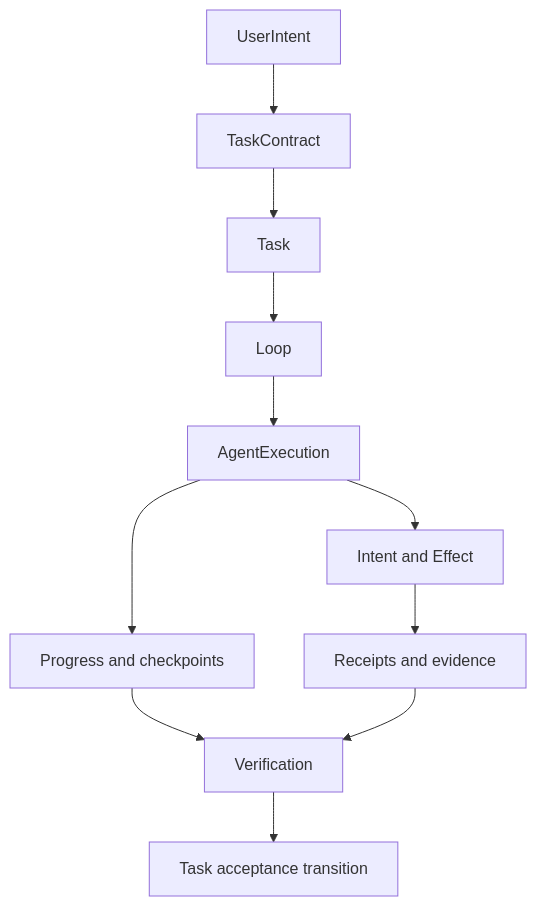
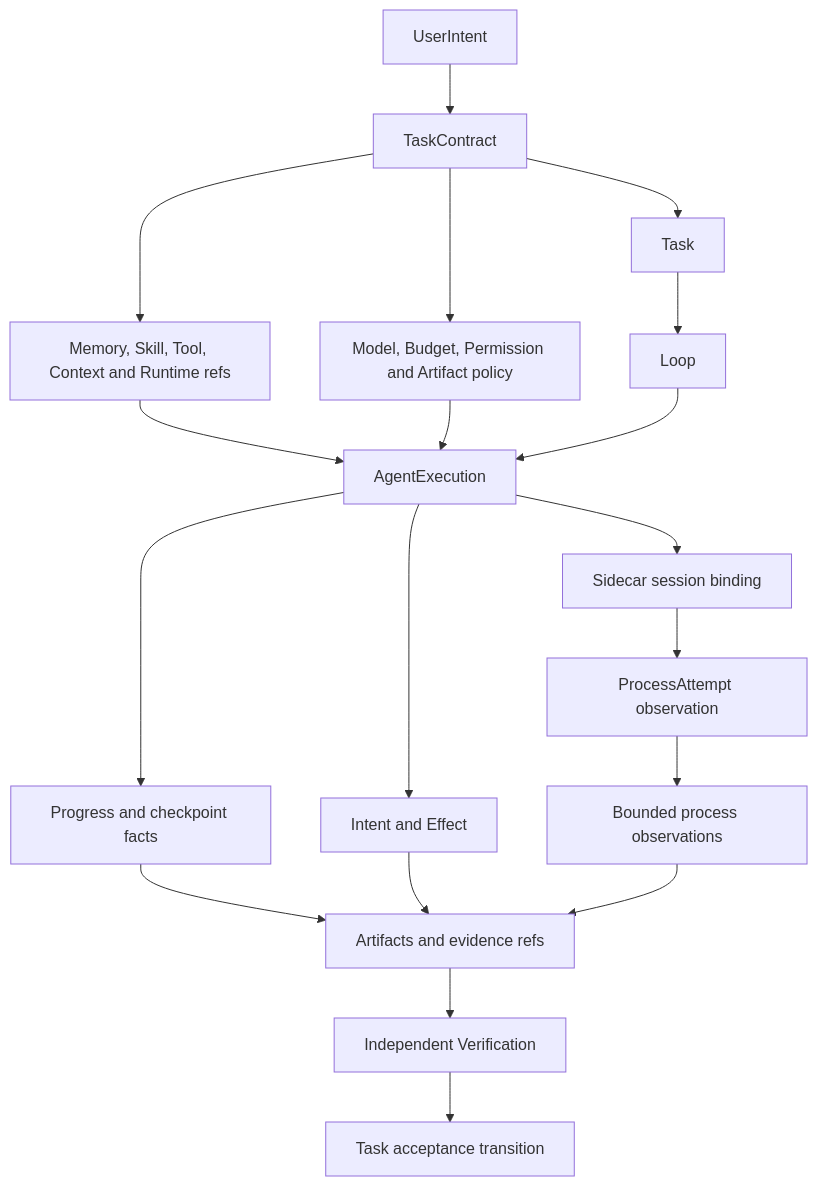
One commit to agentkernel/cognitive-os changed the first of 2 diagrams in docs/architecture/personal/authority-data-and-recovery.md. Above: the diagram before and after it, drawn with Mermaid. The commit also changed other lines of this file and 22 other files, not shown here.

````diff
--- a/docs/architecture/personal/authority-data-and-recovery.md
+++ b/docs/architecture/personal/authority-data-and-recovery.md
@@ -28,13 +36,21 @@
 ```mermaid
 flowchart TB
-  intent["UserIntent"] --> contract["TaskContract"]
-  contract --> task["Task"]
+  userIntent["UserIntent"] --> taskContract["TaskContract"]
+  taskContract --> task["Task"]
   task --> loop["Loop"]
-  loop --> execution["AgentExecution"]
-  execution --> progress["Progress and checkpoints"]
-  execution --> intentEffect["Intent and Effect"]
-  intentEffect --> evidence["Receipts and evidence"]
-  progress --> verification["Verification"]
-  evidence --> verification
+  taskContract --> resourceBindings["Memory, Skill, Tool, Context and Runtime refs"]
+  taskContract --> crossCuttingBindings["Model, Budget, Permission and Artifact policy"]
+  resourceBindings --> agentExecution["AgentExecution"]
+  crossCuttingBindings --> agentExecution
+  loop --> agentExecution
+  agentExecution --> sidecarSession["Sidecar session binding"]
+  sidecarSession --> processAttempt["ProcessAttempt observation"]
+  agentExecution --> progress["Progress and checkpoint facts"]
+  agentExecution --> intentEffect["Intent and Effect"]
+  processAttempt --> boundedObservation["Bounded process observations"]
+  progress --> artifacts["Artifacts and evidence refs"]
+  intentEffect --> artifacts
+  boundedObservation --> artifacts
+  artifacts --> verification["Independent Verification"]
   verification --> acceptance["Task acceptance transition"]
 ```
````
